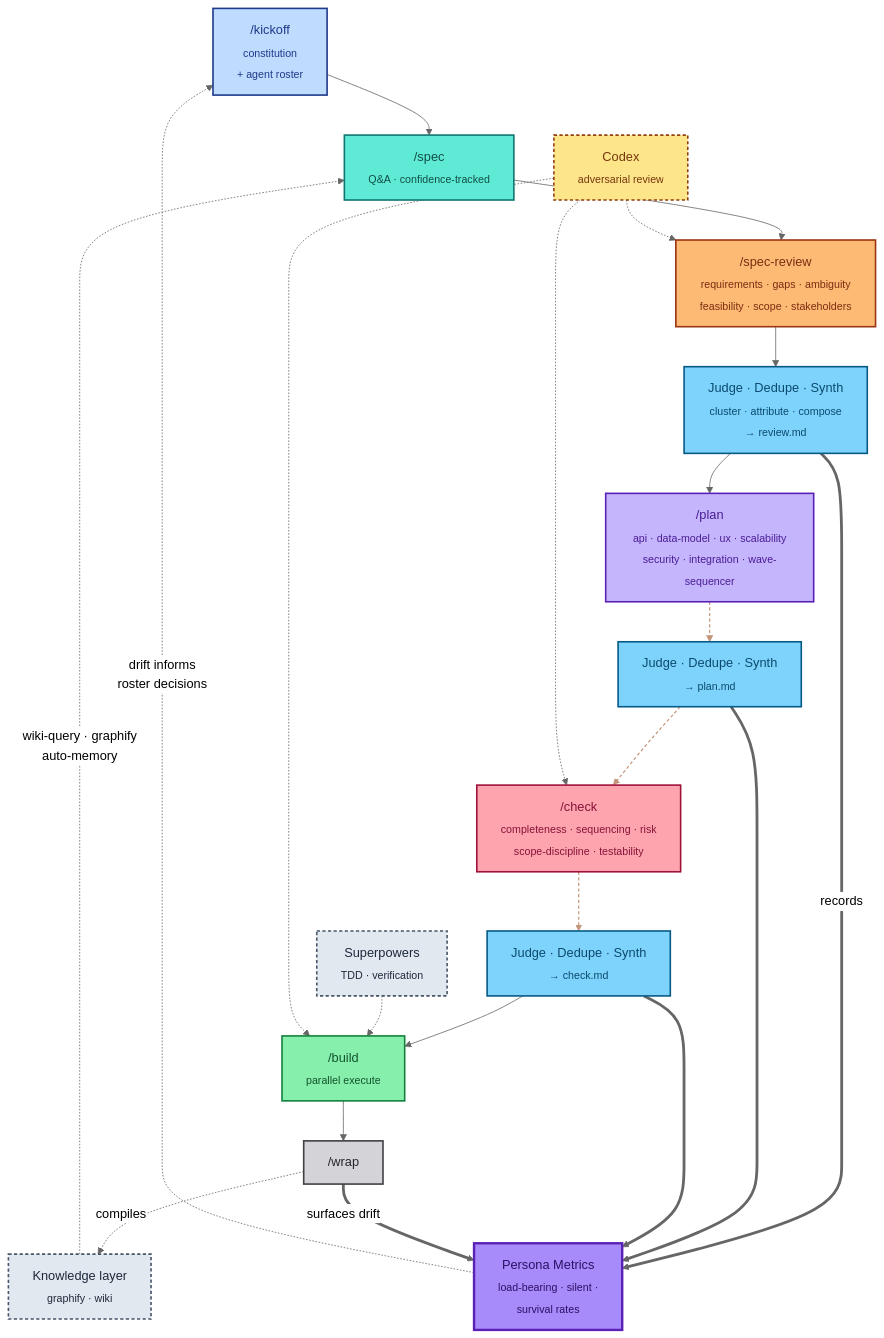
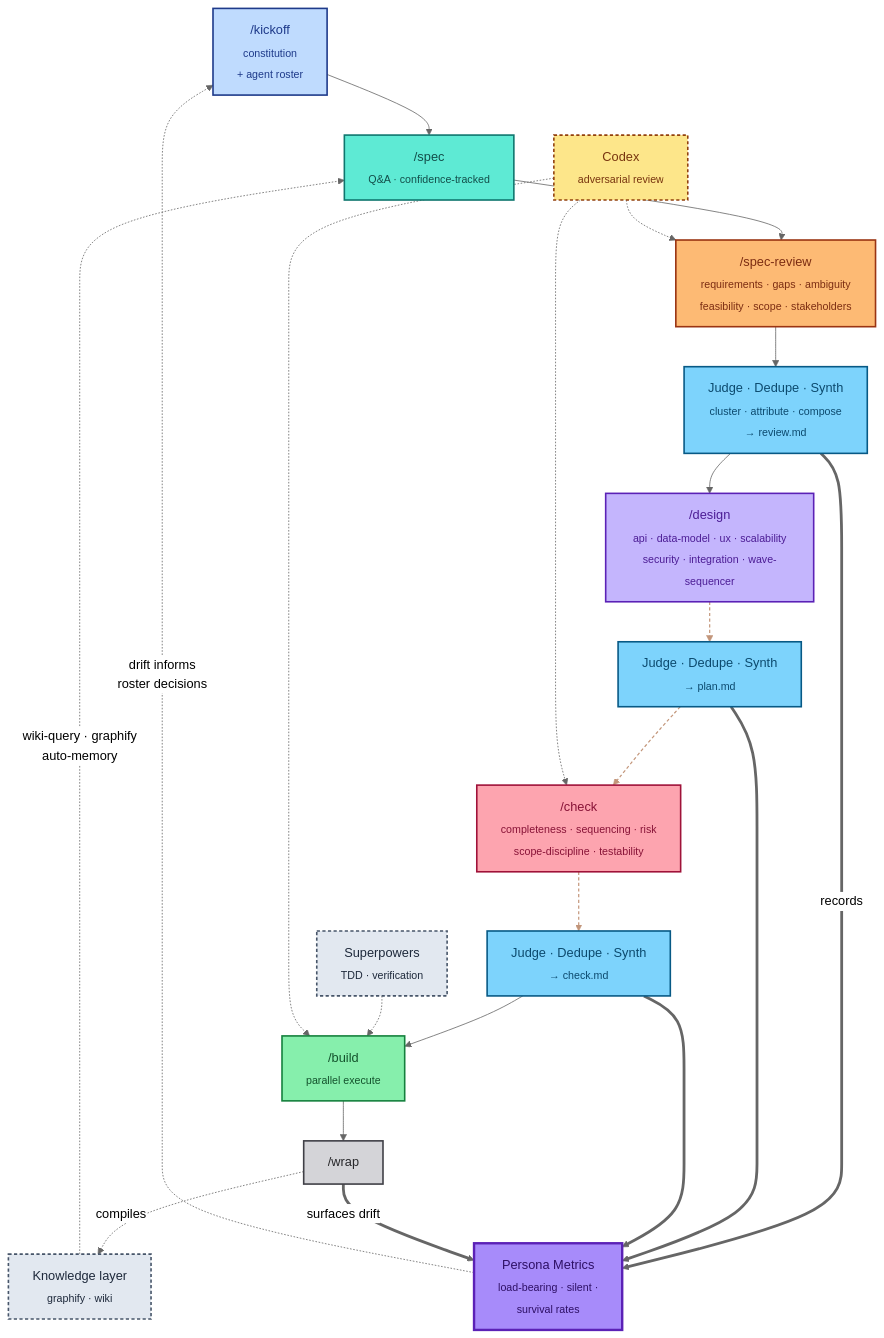
Before and after one commit to Jstottlemyer/MonsterFlow: the first of 2 diagrams in README.md, drawn with Mermaid (neutral theme). The commit also changed other lines of this file and 17 other files, not shown here.

First line of the commit message:
refactor: rename /plan slash command to /design (alias model) (#12)

````diff
--- a/README.md
+++ b/README.md
@@ -31,47 +31,47 @@
 ```mermaid
 flowchart TD
     K["/kickoff<br/><sub>constitution<br/>+ agent roster</sub>"]:::setup
     S["/spec<br/><sub>Q&A · confidence-tracked</sub>"]:::define
     SR["/spec-review<br/><sub>requirements · gaps · ambiguity<br/>feasibility · scope · stakeholders</sub>"]:::review
     JS1["Judge · Dedupe · Synth<br/><sub>cluster · attribute · compose<br/>→ review.md</sub>"]:::synth
-    P["/plan<br/><sub>api · data-model · ux · scalability<br/>security · integration · wave-sequencer</sub>"]:::plan
+    P["/design<br/><sub>api · data-model · ux · scalability<br/>security · integration · wave-sequencer</sub>"]:::plan
     JS2["Judge · Dedupe · Synth<br/><sub>→ plan.md</sub>"]:::synth
     C["/check<br/><sub>completeness · sequencing · risk<br/>scope-discipline · testability</sub>"]:::gate
     JS3["Judge · Dedupe · Synth<br/><sub>→ check.md</sub>"]:::synth
     B["/build<br/><sub>parallel execute</sub>"]:::execute
     W["/wrap"]:::wrap
 
     K --> S --> SR --> JS1 --> P --> JS2 --> C --> JS3 --> B --> W
 
     SP["Superpowers<br/><sub>TDD · verification</sub>"]:::side
     CX["Codex<br/><sub>adversarial review</sub>"]:::accent
     KL["Knowledge layer<br/><sub>graphify · wiki</sub>"]:::side
     PM["Persona Metrics<br/><sub>load-bearing · silent ·<br/>survival rates</sub>"]:::metrics
 
     SP -.-> B
     CX -.-> SR
     CX -.-> C
     CX -.-> B
     W -. compiles .-> KL
     JS1 ==records==> PM
     JS2 ==> PM
     JS3 ==> PM
     W ==surfaces drift==> PM
 
     KL -. "wiki-query · graphify<br/>auto-memory" .-> S
     PM -. "drift informs<br/>roster decisions" .-> K
 
     linkStyle 4,5,6 stroke:#92400e,stroke-width:1.5px,stroke-dasharray:4 3,opacity:0.55
 
     classDef setup fill:#bfdbfe,stroke:#1e3a8a,color:#1e3a8a,stroke-width:2px
     classDef define fill:#5eead4,stroke:#0f766e,color:#134e4a,stroke-width:2px
     classDef review fill:#fdba74,stroke:#9a3412,color:#7c2d12,stroke-width:2px
     classDef plan fill:#c4b5fd,stroke:#5b21b6,color:#4c1d95,stroke-width:2px
     classDef gate fill:#fda4af,stroke:#9f1239,color:#881337,stroke-width:2px
     classDef execute fill:#86efac,stroke:#15803d,color:#14532d,stroke-width:2px
     classDef wrap fill:#d4d4d8,stroke:#3f3f46,color:#27272a,stroke-width:2px
     classDef synth fill:#7dd3fc,stroke:#075985,color:#0c4a6e,stroke-width:2px
     classDef side fill:#e2e8f0,stroke:#475569,color:#1e293b,stroke-width:2px,stroke-dasharray: 4 3
     classDef accent fill:#fde68a,stroke:#92400e,color:#78350f,stroke-width:2px,stroke-dasharray: 4 3
     classDef metrics fill:#a78bfa,stroke:#5b21b6,color:#2e1065,stroke-width:3px
 ```
````
